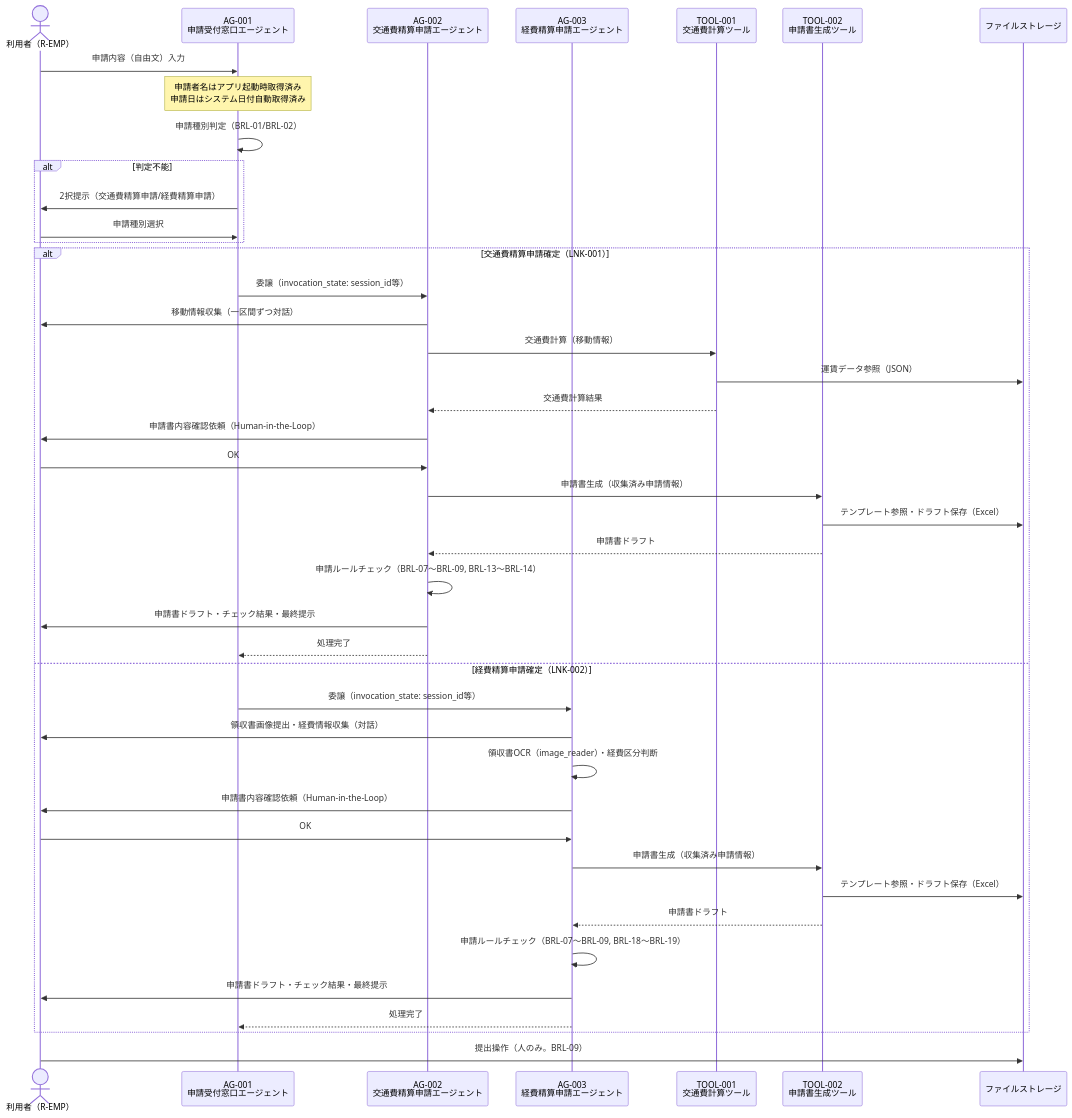
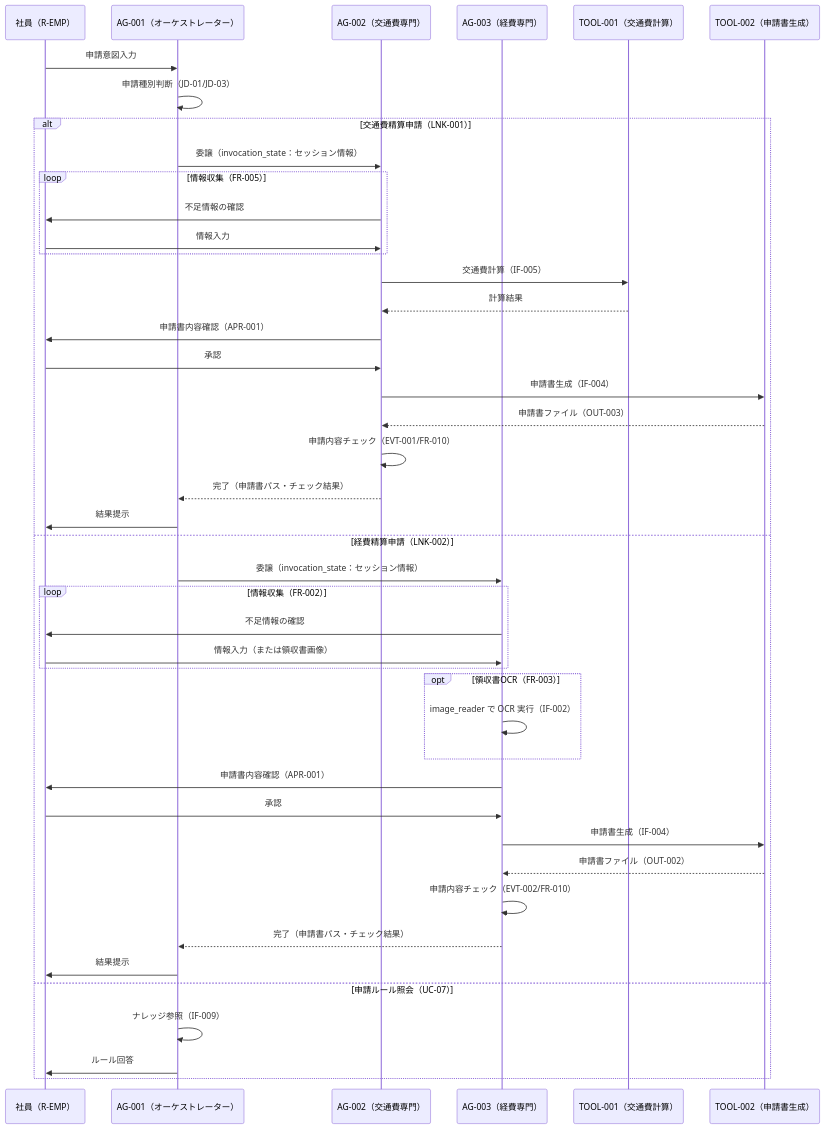
The diagram in artifacts/03_system-design/outputs/マルチエージェント連携設計.md (horii003/AIAgentBookCC), drawn with Mermaid before and after one commit. The commit also changed other lines of this file and 121 other files, not shown here.

````diff
--- a/artifacts/03_system-design/outputs/マルチエージェント連携設計.md
+++ b/artifacts/03_system-design/outputs/マルチエージェント連携設計.md
@@ -329,49 +321,50 @@
 ```mermaid
 sequenceDiagram
-    actor User as 利用者（R-EMP）
-    participant AG001 as AG-001<br/>申請受付窓口エージェント
-    participant AG002 as AG-002<br/>交通費精算申請エージェント
-    participant AG003 as AG-003<br/>経費精算申請エージェント
-    participant TOOL001 as TOOL-001<br/>交通費計算ツール
-    participant TOOL002 as TOOL-002<br/>申請書生成ツール
-    participant Data as ファイルストレージ
+    participant User as 社員（R-EMP）
+    participant AG001 as AG-001（オーケストレーター）
+    participant AG002 as AG-002（交通費専門）
+    participant AG003 as AG-003（経費専門）
+    participant TOOL001 as TOOL-001（交通費計算）
+    participant TOOL002 as TOOL-002（申請書生成）
 
-    User->>AG001: 申請内容（自由文）入力
-    Note over AG001: 申請者名はアプリ起動時取得済み<br/>申請日はシステム日付自動取得済み
-    AG001->>AG001: 申請種別判定（BRL-01/BRL-02）
+    User->>AG001: 申請意図入力
+    AG001->>AG001: 申請種別判断（JD-01/JD-03）
 
-    alt 判定不能
-        AG001->>User: 2択提示（交通費精算申請/経費精算申請）
-        User->>AG001: 申請種別選択
+    alt 交通費精算申請（LNK-001）
+        AG001->>AG002: 委譲（invocation_state：セッション情報）
+        loop 情報収集（FR-005）
+            AG002->>User: 不足情報の確認
+            User->>AG002: 情報入力
+        end
+        AG002->>TOOL001: 交通費計算（IF-005）
+        TOOL001-->>AG002: 計算結果
+        AG002->>User: 申請書内容確認（APR-001）
+        User->>AG002: 承認
+        AG002->>TOOL002: 申請書生成（IF-004）
+        TOOL002-->>AG002: 申請書ファイル（OUT-003）
+        AG002->>AG002: 申請内容チェック（EVT-001/FR-010）
+        AG002-->>AG001: 完了（申請書パス・チェック結果）
+        AG001->>User: 結果提示
+
+    else 経費精算申請（LNK-002）
+        AG001->>AG003: 委譲（invocation_state：セッション情報）
+        loop 情報収集（FR-002）
+            AG003->>User: 不足情報の確認
+            User->>AG003: 情報入力（または領収書画像）
+        end
+        opt 領収書OCR（FR-003）
+            AG003->>AG003: image_reader で OCR 実行（IF-002）
+        end
+        AG003->>User: 申請書内容確認（APR-001）
+        User->>AG003: 承認
+        AG003->>TOOL002: 申請書生成（IF-004）
+        TOOL002-->>AG003: 申請書ファイル（OUT-002）
+        AG003->>AG003: 申請内容チェック（EVT-002/FR-010）
+        AG003-->>AG001: 完了（申請書パス・チェック結果）
+        AG001->>User: 結果提示
+
+    else 申請ルール照会（UC-07）
+        AG001->>AG001: ナレッジ参照（IF-009）
+        AG001->>User: ルール回答
     end
-
-    alt 交通費精算申請確定（LNK-001）
-        AG001->>AG002: 委譲（invocation_state: session_id等）
-        AG002->>User: 移動情報収集（一区間ずつ対話）
-        AG002->>TOOL001: 交通費計算（移動情報）
-        TOOL001->>Data: 運賃データ参照（JSON）
-        TOOL001-->>AG002: 交通費計算結果
-        AG002->>User: 申請書内容確認依頼（Human-in-the-Loop）
-        User->>AG002: OK
-        AG002->>TOOL002: 申請書生成（収集済み申請情報）
-        TOOL002->>Data: テンプレート参照・ドラフト保存（Excel）
-        TOOL002-->>AG002: 申請書ドラフト
-        AG002->>AG002: 申請ルールチェック（BRL-07〜BRL-09, BRL-13〜BRL-14）
-        AG002->>User: 申請書ドラフト・チェック結果・最終提示
-        AG002-->>AG001: 処理完了
-    else 経費精算申請確定（LNK-002）
-        AG001->>AG003: 委譲（invocation_state: session_id等）
-        AG003->>User: 領収書画像提出・経費情報収集（対話）
-        AG003->>AG003: 領収書OCR（image_reader）・経費区分判断
-        AG003->>User: 申請書内容確認依頼（Human-in-the-Loop）
-        User->>AG003: OK
-        AG003->>TOOL002: 申請書生成（収集済み申請情報）
-        TOOL002->>Data: テンプレート参照・ドラフト保存（Excel）
-        TOOL002-->>AG003: 申請書ドラフト
-        AG003->>AG003: 申請ルールチェック（BRL-07〜BRL-09, BRL-18〜BRL-19）
-        AG003->>User: 申請書ドラフト・チェック結果・最終提示
-        AG003-->>AG001: 処理完了
-    end
-
-    User->>Data: 提出操作（人のみ。BRL-09）
 ```
````
